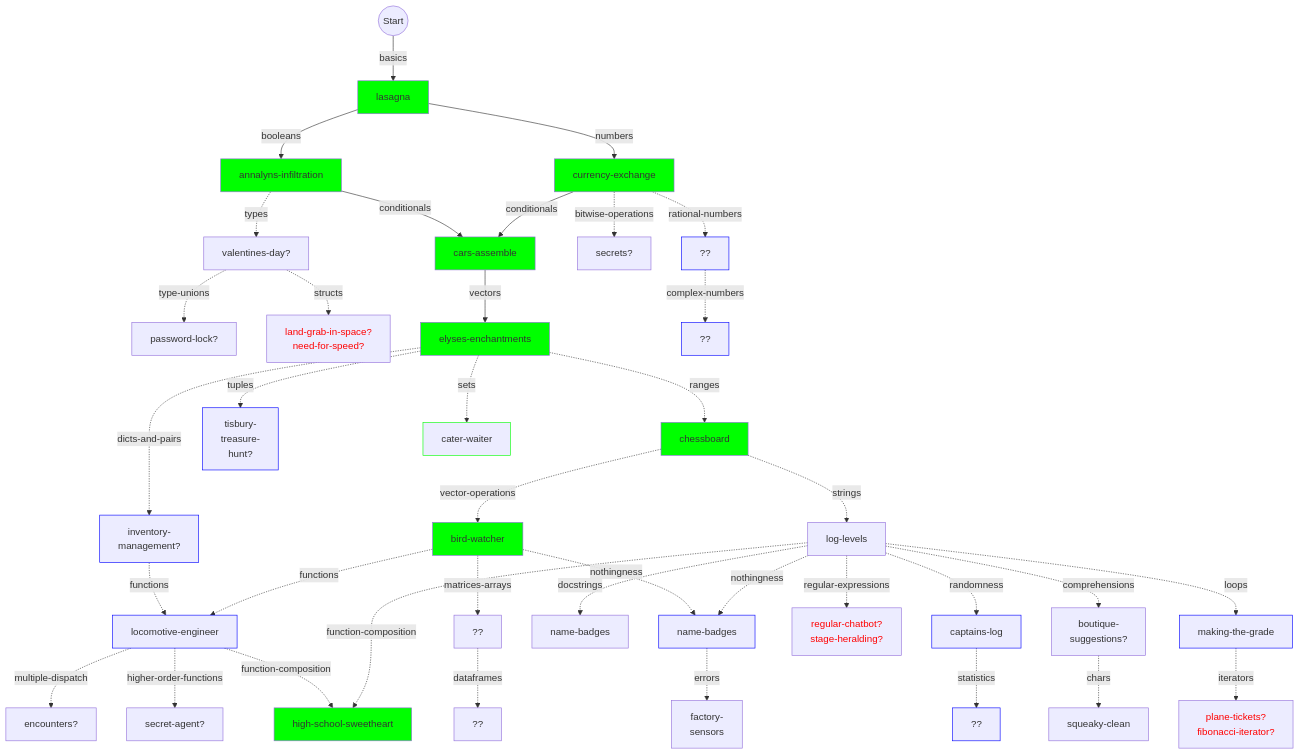
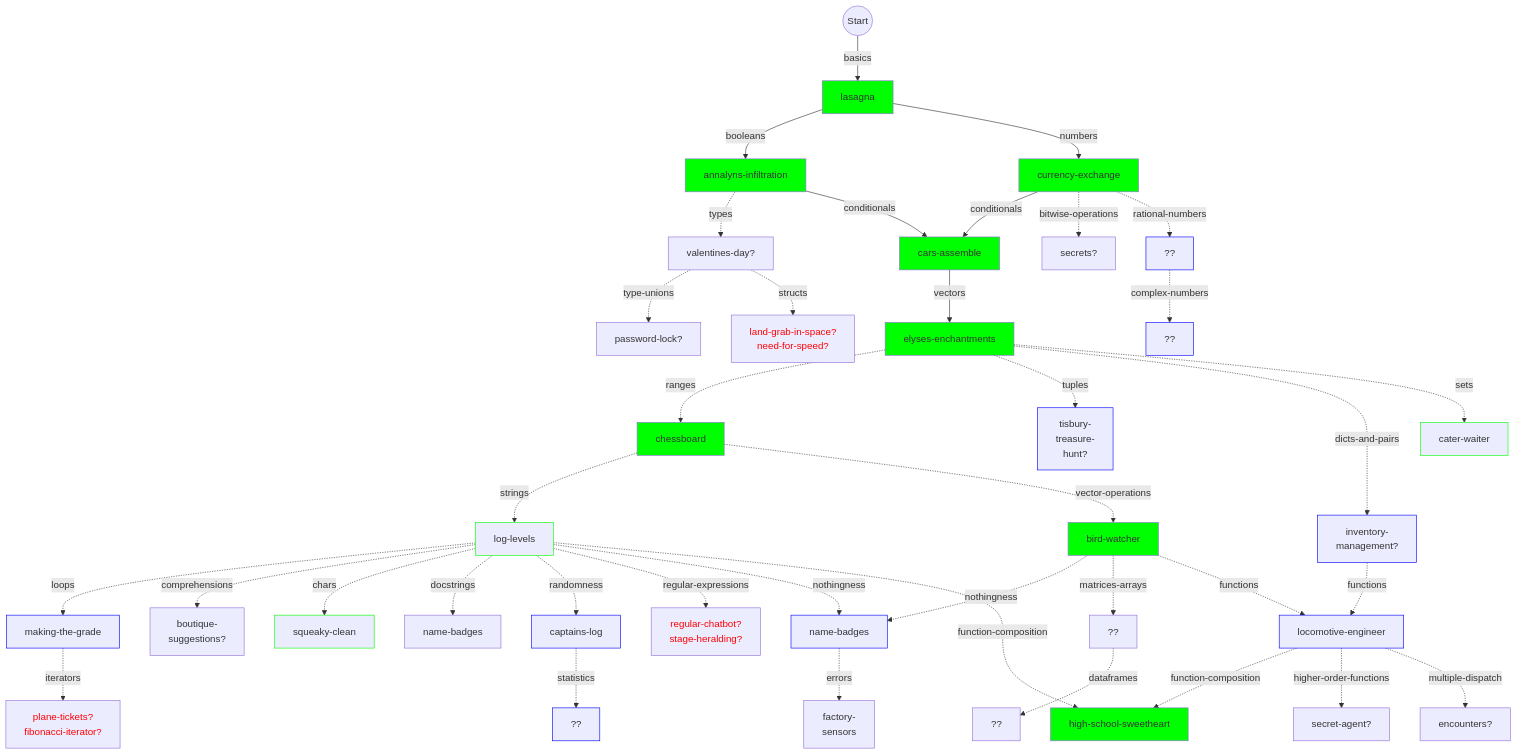
One commit to colinleach/learning-track-doodles changed the diagram in julia/flowchart.md. Above: the diagram before and after it, drawn with Mermaid. The commit also changed other lines of this file and 1 other file, not shown here.

Commit message:
flowchart update

```diff
--- a/julia/flowchart.md
+++ b/julia/flowchart.md
@@ -42,7 +42,7 @@
 style loops stroke:#00f
 
 ranges -.strings.-> strings["log-levels"]
-%% style strings 
+style strings stroke:#0F0
 
 ranges -.vector-operations.-> vector-operations["bird-watcher"]
 style vector-operations fill:#0f0
@@ -65,7 +65,8 @@
 vector-operations -.nothingness.-> nothingness["name-badge"]
 style nothingness stroke:#00f
 
-comprehensions -.chars.-> chars["squeaky-clean"]
+strings -.chars.-> chars["squeaky-clean"]
+style chars stroke:#0f0
 
 loops -.iterators.-> iterators["plane-tickets?<br/>fibonacci-iterator?"]
 style iterators color:#f00
@@ -73,17 +74,17 @@
 strings -.docstrings.-> docstrings["name-badges"]
 %% style docstrings stroke:#0f0
 
+strings -.randomness.-> randomness["captains-log"]
+style randomness stroke:#00f
+
+strings -.regular-expressions.-> regular-expressions["regular-chatbot?<br/>stage-heralding?"]
+style regular-expressions color:#f00
+
 strings -.nothingness.-> nothingness["name-badges"]
 style nothingness stroke:#00f
 
-strings -.randomness.-> randomness["captains-log"]
-style randomness stroke:#00f
-
 randomness -.statistics.-> statistics["??"]
 style statistics stroke:#00f
-
-strings -.regular-expressions.-> regular-expressions["regular-chatbot?<br/>stage-heralding?"]
-style regular-expressions color:#f00
 
 numbers -.bitwise-operations.-> bitwise-operations["secrets?"]
 %% style bitwise-operations fill:#0f0
```
